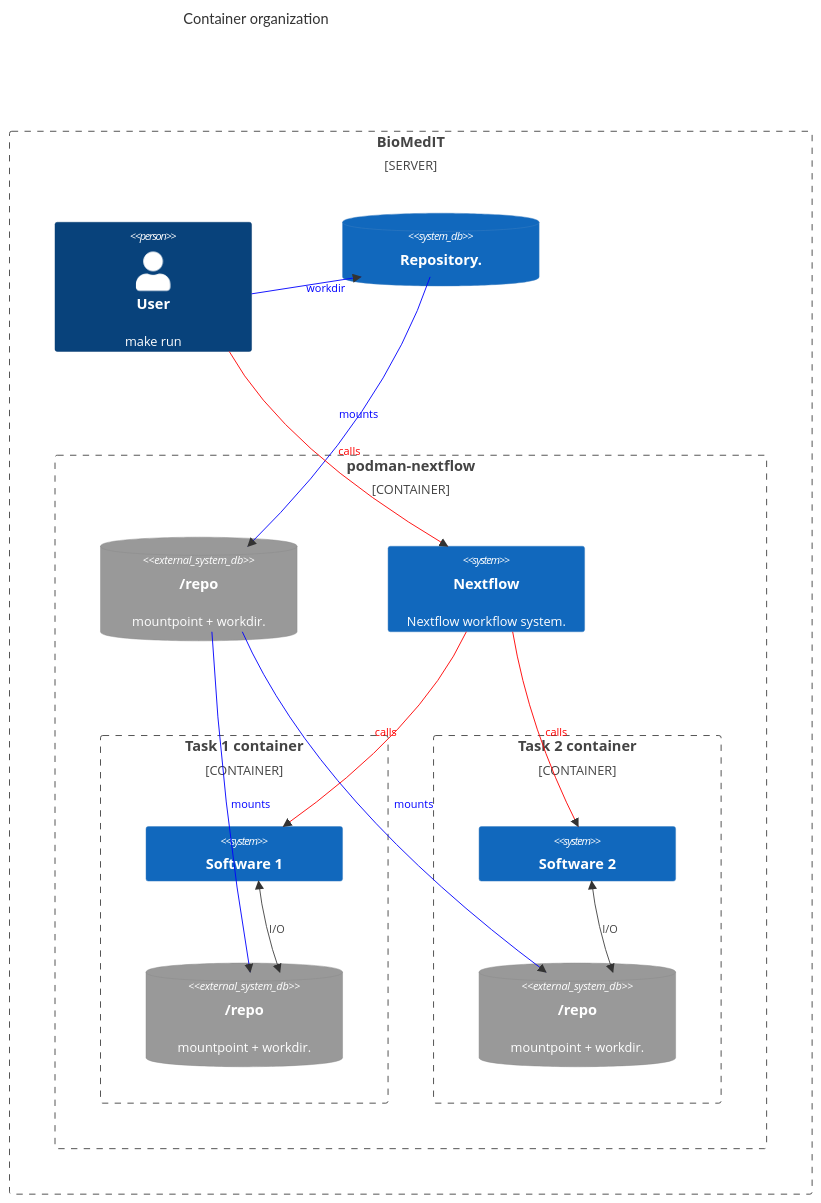
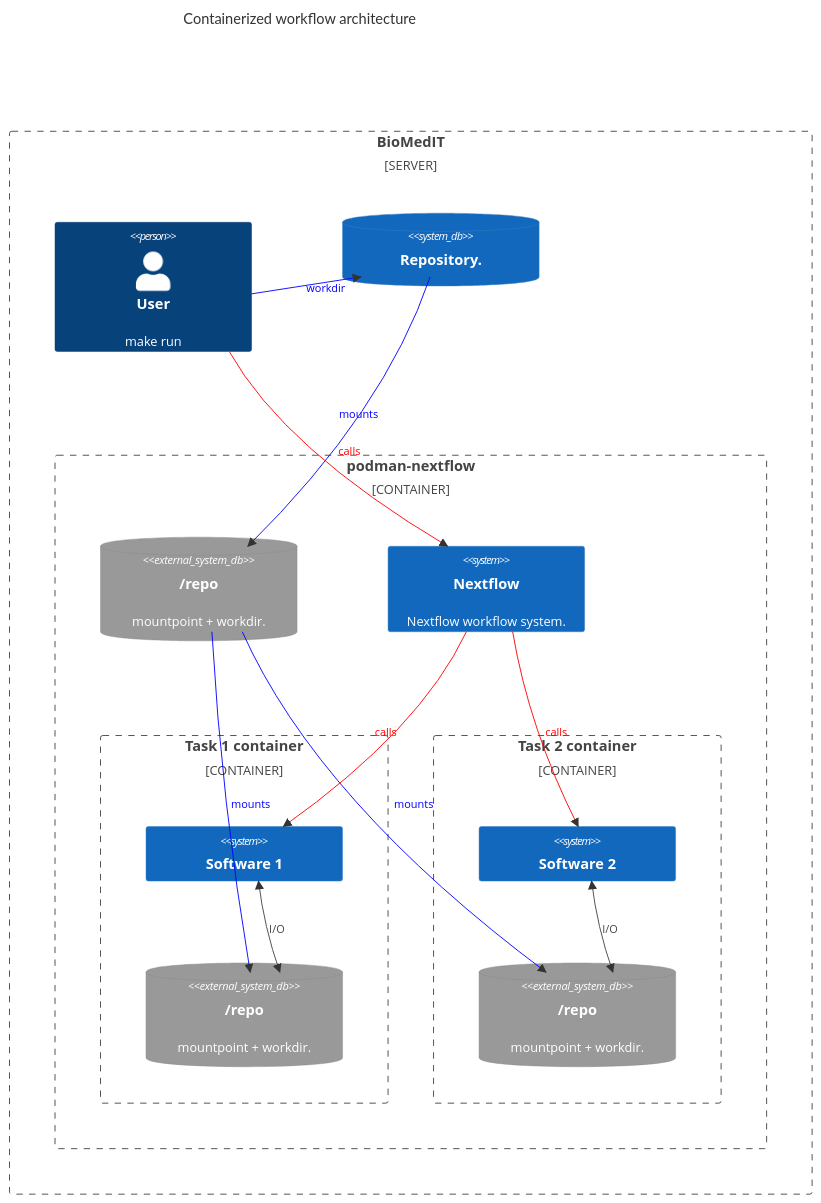
The first of 2 diagrams in README.md (sdsc-ordes/demo-biomedit-workflow), drawn with Mermaid before and after one commit. The commit also changed other lines of this file and 1 other file, not shown here.

Commit message:
docs: add mermaid dag to readme

````diff
--- a/README.md
+++ b/README.md
@@ -20,54 +21,54 @@
 ```mermaid
     C4Context
-      title Container organization
+      title Containerized workflow architecture
       Boundary(b0, "BioMedIT", "SERVER") {
         Person(User, "User", "make run")
         SystemDb(Repo, "Repository.")
 
         Boundary(b1, "podman-nextflow", "CONTAINER") {
 
           SystemDb_Ext(RepoMount1, "/repo", "mountpoint + workdir.")
           System(Nextflow, "Nextflow", "Nextflow workflow system.")
 
           Boundary(t1, "Task 1 container", "CONTAINER") {
             System(Software1, "Software 1")
             SystemDb_Ext(RepoMount21, "/repo", "mountpoint + workdir.")
           }
 
           Boundary(t2, "Task 2 container", "CONTAINER") {
             System(Software2, "Software 2")
             SystemDb_Ext(RepoMount22, "/repo", "mountpoint + workdir.")
           }
 
         }
 
       }
 
       Rel(User, Repo, "workdir")
 
       Rel(Repo, RepoMount1, "mounts")
       Rel(RepoMount1, RepoMount21, "mounts")
       Rel(RepoMount1, RepoMount22, "mounts")
 
       Rel(User, Nextflow, "calls")
       Rel(Nextflow, Software1, "calls")
       Rel(Nextflow, Software2, "calls")
 
       BiRel(Software2, RepoMount22, "I/O")
       BiRel(Software1, RepoMount21, "I/O")
 
       UpdateRelStyle(User, Repo, $textColor="blue", $lineColor="blue")
       UpdateRelStyle(Repo, RepoMount1, $textColor="blue", $lineColor="blue")
       UpdateRelStyle(RepoMount1, RepoMount21, $textColor="blue", $lineColor="blue")
       UpdateRelStyle(RepoMount1, RepoMount22, $textColor="blue", $lineColor="blue")
 
       UpdateRelStyle(User, Nextflow, $textColor="red", $lineColor="red")
       UpdateRelStyle(Nextflow, Software1, $textColor="red", $lineColor="red")
       UpdateRelStyle(Nextflow, Software2, $textColor="red", $lineColor="red")
 
 
       UpdateRelStyle(Nextflow, User, $textColor="red", $lineColor="red")
 
       UpdateLayoutConfig($c4ShapeInRow="2", $c4BoundaryInRow="2")
 
 ```
````
